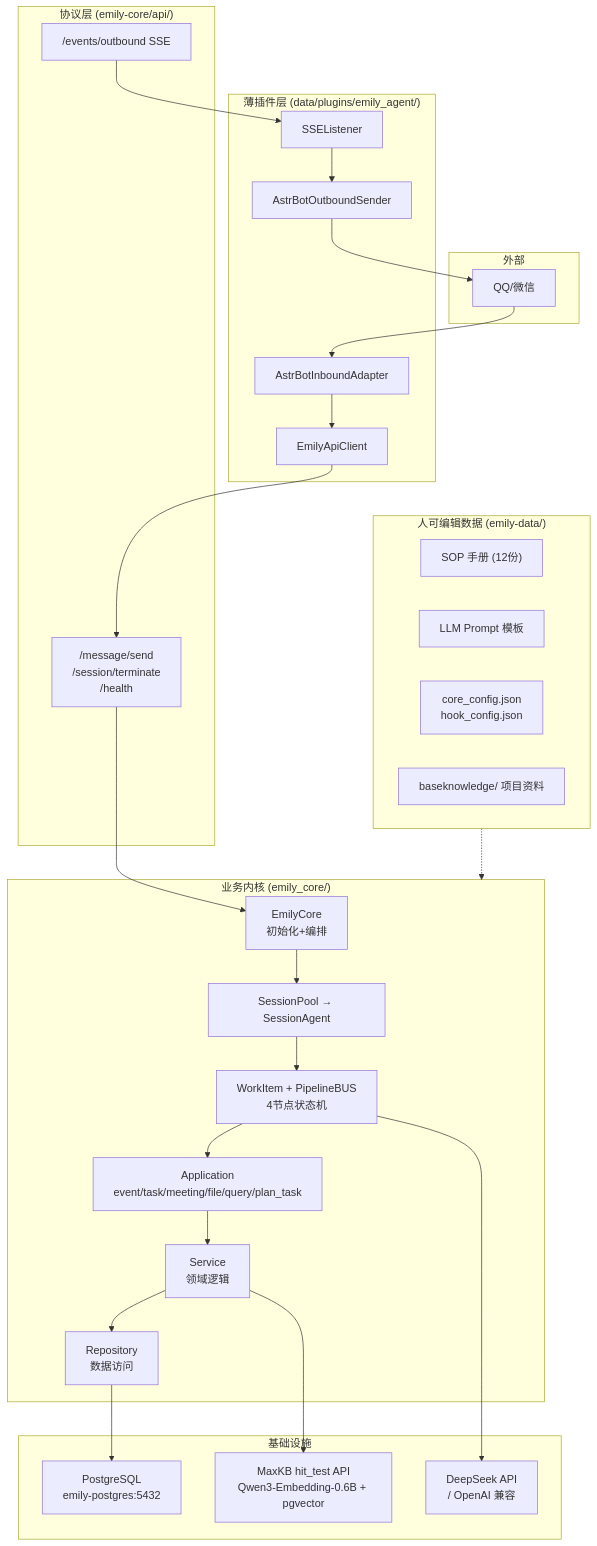
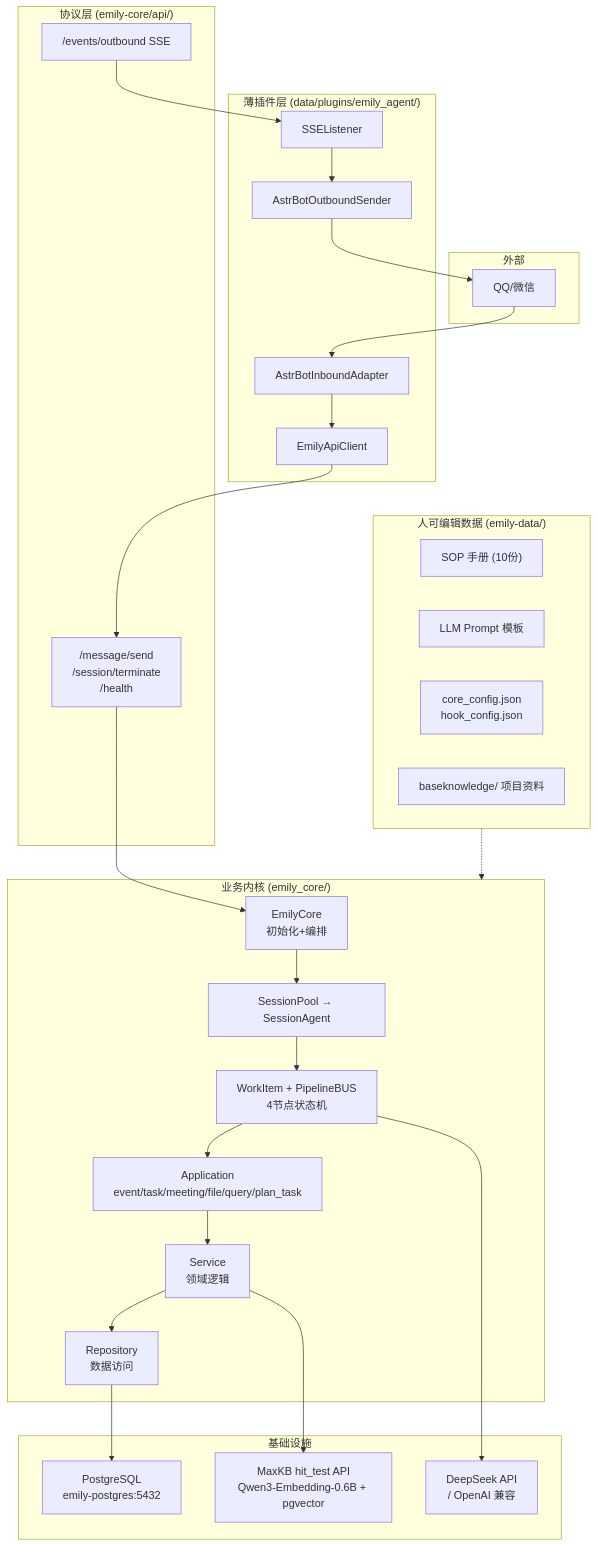
Before and after one commit to Ellyshome/Emily: the fourth of 4 diagrams in docs/业务模块与运转全景.md, drawn with Mermaid. The commit also changed other lines of this file and 9 other files, not shown here.

````diff
--- a/docs/业务模块与运转全景.md
+++ b/docs/业务模块与运转全景.md
@@ -184,51 +184,51 @@
 ```mermaid
 graph TD
     subgraph External["外部"]
         IM["QQ/微信"]
     end
 
     subgraph Plugin["薄插件层 (data/plugins/emily_agent/)"]
         Adapter["AstrBotInboundAdapter"]
         Client["EmilyApiClient"]
         SSE["SSEListener"]
         Sender["AstrBotOutboundSender"]
     end
 
     subgraph API["协议层 (emily-core/api/)"]
         Routes["/message/send<br/>/session/terminate<br/>/health"]
         SSEOut["/events/outbound SSE"]
     end
 
     subgraph Core["业务内核 (emily_core/)"]
         EmilyCore["EmilyCore<br/>初始化+编排"]
         Session["SessionPool → SessionAgent"]
         WI["WorkItem + PipelineBUS<br/>4节点状态机"]
         App["Application<br/>event/task/meeting/file/query/plan_task"]
         Svc["Service<br/>领域逻辑"]
         Repo["Repository<br/>数据访问"]
     end
 
     subgraph Infra["基础设施"]
         DB["PostgreSQL<br/>emily-postgres:5432"]
         RAG["MaxKB hit_test API<br/>Qwen3-Embedding-0.6B + pgvector"]
         LLM["DeepSeek API<br/>/ OpenAI 兼容"]
     end
 
     IM --> Adapter
     Adapter --> Client --> Routes
     SSE --> Sender --> IM
     Routes --> EmilyCore
     EmilyCore --> Session --> WI --> App --> Svc --> Repo --> DB
     Svc --> RAG
     WI --> LLM
     SSEOut --> SSE
 
     subgraph Data["人可编辑数据 (emily-data/)"]
-        SOPs["SOP 手册 (12份)"]
+        SOPs["SOP 手册 (10份)"]
         Prompts["LLM Prompt 模板"]
         Config["core_config.json<br/>hook_config.json"]
         KB["baseknowledge/ 项目资料"]
     end
 
     Data -.-> Core
 ```
````
